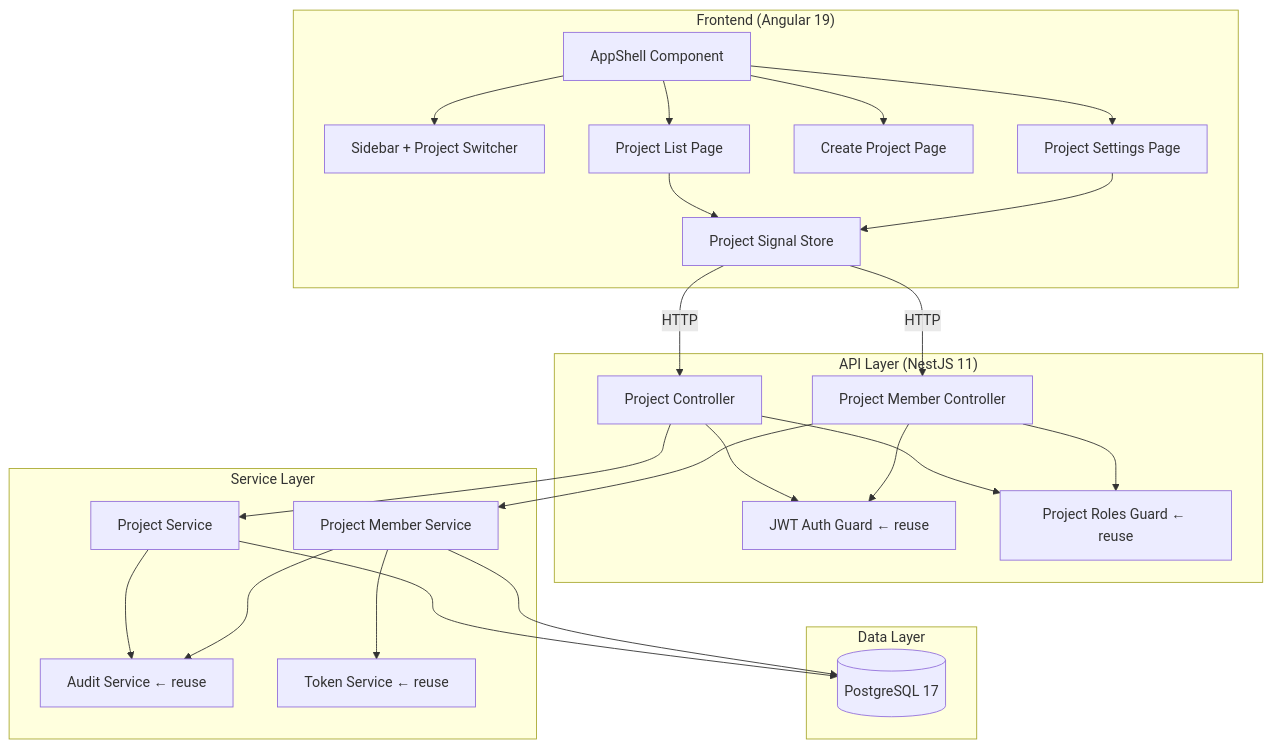
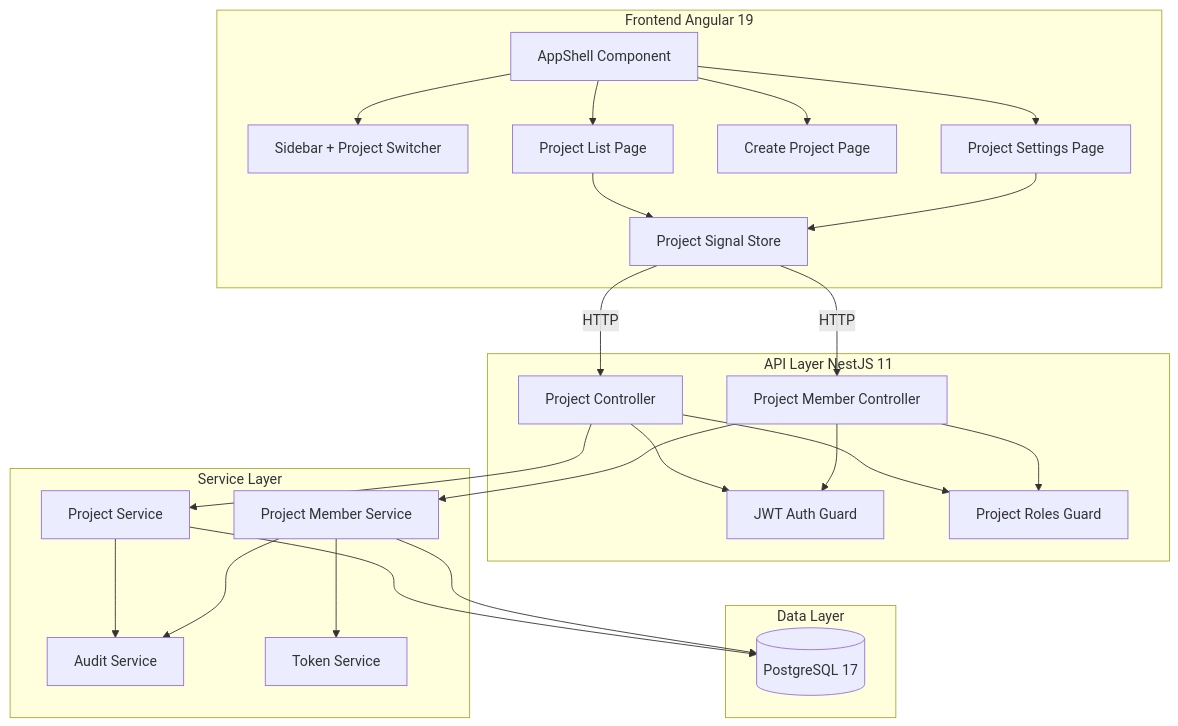
Before and after one commit to phan-tuan-thanh/mpm: the first of 5 diagrams in .kiro/specs/project-management/design.md, drawn with Mermaid.

Commit message:
fix(docs): fix mermaid syntax error in project-management architecture diagram
Remove arrow characters and quoted subgraph labels that caused parse errors.

````diff
--- a/.kiro/specs/project-management/design.md
+++ b/.kiro/specs/project-management/design.md
@@ -30,49 +30,49 @@
 ```mermaid
 graph TB
-    subgraph Client["Frontend (Angular 19)"]
+    subgraph Client[Frontend Angular 19]
         AppShell[AppShell Component]
         Sidebar[Sidebar + Project Switcher]
         ProjectList[Project List Page]
         CreateProject[Create Project Page]
         ProjectSettings[Project Settings Page]
         ProjectStore[Project Signal Store]
     end
 
-    subgraph Gateway["API Layer (NestJS 11)"]
+    subgraph Gateway[API Layer NestJS 11]
         ProjectController[Project Controller]
         MemberController[Project Member Controller]
-        JwtGuard[JWT Auth Guard ← reuse]
-        ProjectRolesGuard[Project Roles Guard ← reuse]
+        JwtGuard[JWT Auth Guard]
+        ProjectRolesGuard[Project Roles Guard]
     end
 
-    subgraph Services["Service Layer"]
+    subgraph Services[Service Layer]
         ProjectService[Project Service]
         ProjectMemberService[Project Member Service]
-        AuditService[Audit Service ← reuse]
-        TokenService[Token Service ← reuse]
+        AuditService[Audit Service]
+        TokenService[Token Service]
     end
 
-    subgraph Data["Data Layer"]
+    subgraph Data[Data Layer]
         PostgreSQL[(PostgreSQL 17)]
     end
 
     AppShell --> Sidebar
     AppShell --> ProjectList
     AppShell --> CreateProject
     AppShell --> ProjectSettings
     ProjectList --> ProjectStore
     ProjectSettings --> ProjectStore
     ProjectStore -->|HTTP| ProjectController
     ProjectStore -->|HTTP| MemberController
     ProjectController --> JwtGuard
     ProjectController --> ProjectRolesGuard
     MemberController --> JwtGuard
     MemberController --> ProjectRolesGuard
     ProjectController --> ProjectService
     MemberController --> ProjectMemberService
     ProjectService --> AuditService
     ProjectMemberService --> TokenService
     ProjectMemberService --> AuditService
     ProjectService --> PostgreSQL
     ProjectMemberService --> PostgreSQL
 ```
````
